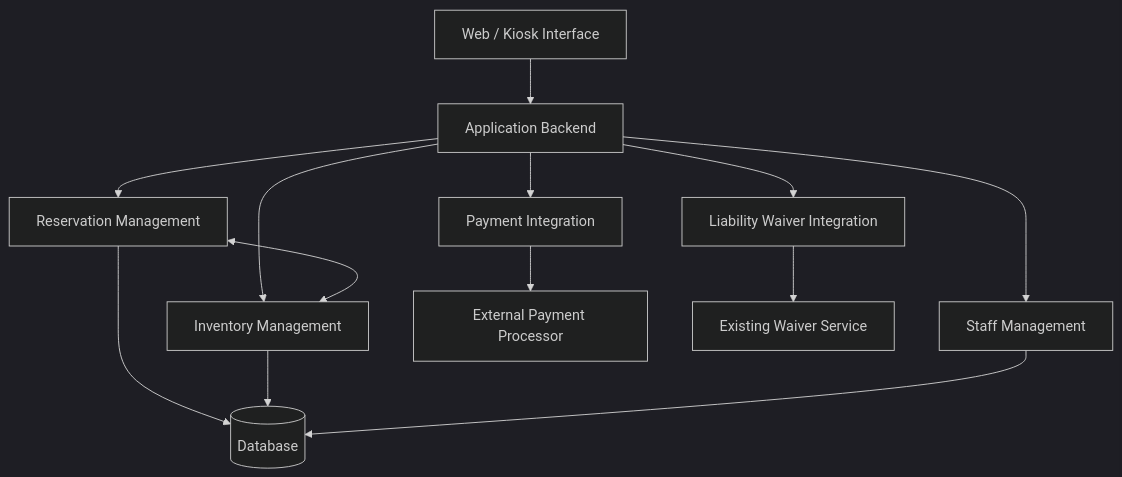
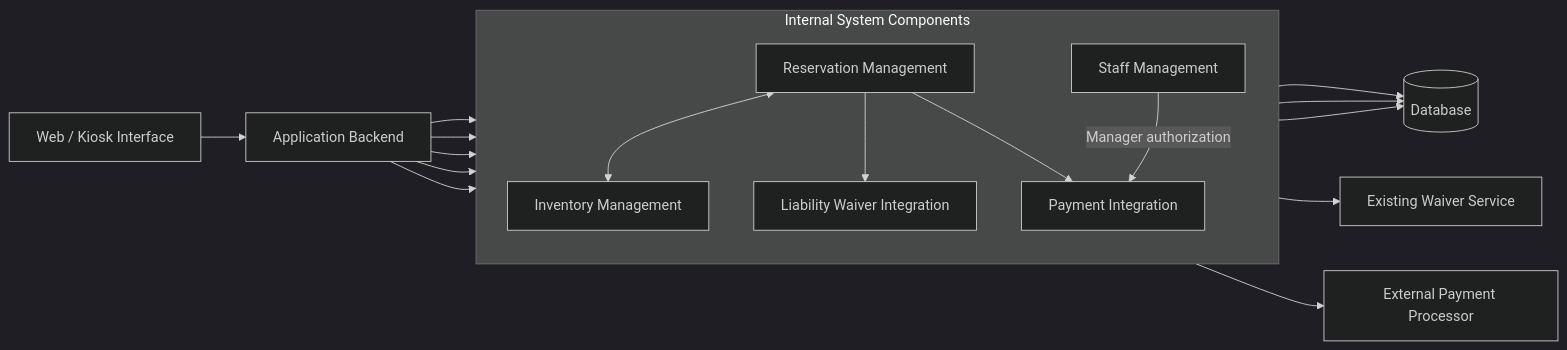
The diagram in Project-4-Technical-Design-Doc/design_doc.md (garcbenn/CS361-Software-Engineering), drawn with Mermaid (dark theme) before and after one commit. The commit also changed other lines of this file, not shown here.

Commit message:
Refine technical design based on AI review

````diff
--- a/Project-4-Technical-Design-Doc/design_doc.md
+++ b/Project-4-Technical-Design-Doc/design_doc.md
@@ -80,27 +80,39 @@
-```mermaid
-flowchart TD
+```Mermaid
+flowchart LR
     UI["Web / Kiosk Interface"]
     Backend["Application Backend"]
-    Reservations["Reservation Management"]
-    Inventory["Inventory Management"]
-    Payments["Payment Integration"]
-    Waiver["Liability Waiver Integration"]
-    Staff["Staff Management"]
+
+    subgraph Core["Internal System Components"]
+        direction TB
+        Staff["Staff Management"]
+        Reservations["Reservation Management"]
+        Inventory["Inventory Management"]
+        Waiver["Liability Waiver Integration"]
+        Payments["Payment Integration"]
+    end
+
     Database[("Database")]
     Processor["External Payment Processor"]
     WaiverService["Existing Waiver Service"]
 
     UI --> Backend
+
+    Backend --> Staff
     Backend --> Reservations
     Backend --> Inventory
+    Backend --> Waiver
     Backend --> Payments
-    Backend --> Waiver
-    Backend --> Staff
 
     Reservations <--> Inventory
+    Reservations --> Waiver
+    Reservations --> Payments
+
+    Staff -->|"Manager authorization"| Payments
+
     Reservations --> Database
     Inventory --> Database
     Staff --> Database
+
+    Waiver --> WaiverService
     Payments --> Processor
-    Waiver --> WaiverService
 ```
````
